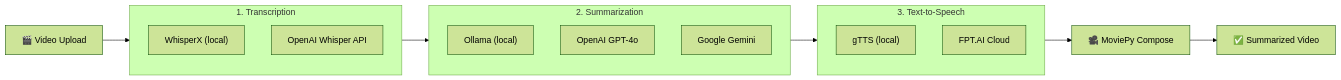
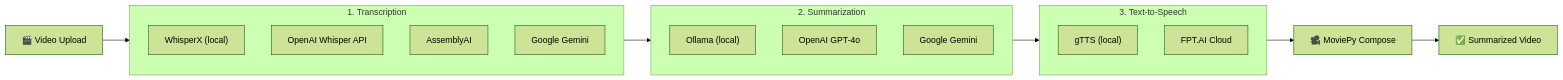
The diagram in README.md (TanNguyen20/video-summarization-service), drawn with Mermaid (forest theme) before and after one commit. The commit also changed other lines of this file and 6 other files, not shown here.

````diff
--- a/README.md
+++ b/README.md
@@ -8,28 +8,30 @@
 ```mermaid
 flowchart LR
     Upload["🎬 Video Upload"]
 
     subgraph Transcription["1. Transcription"]
         direction TB
         T1["WhisperX (local)"]
         T2["OpenAI Whisper API"]
+        T3["AssemblyAI"]
+        T4["Google Gemini"]
     end
 
     subgraph Summarization["2. Summarization"]
         direction TB
         S1["Ollama (local)"]
         S2["OpenAI GPT-4o"]
         S3["Google Gemini"]
     end
 
     subgraph TTS["3. Text-to-Speech"]
         direction TB
         TTS1["gTTS (local)"]
         TTS2["FPT.AI Cloud"]
     end
 
     Compose["🎥 MoviePy Compose"]
     Output["✅ Summarized Video"]
 
     Upload --> Transcription --> Summarization --> TTS --> Compose --> Output
 ```
````
